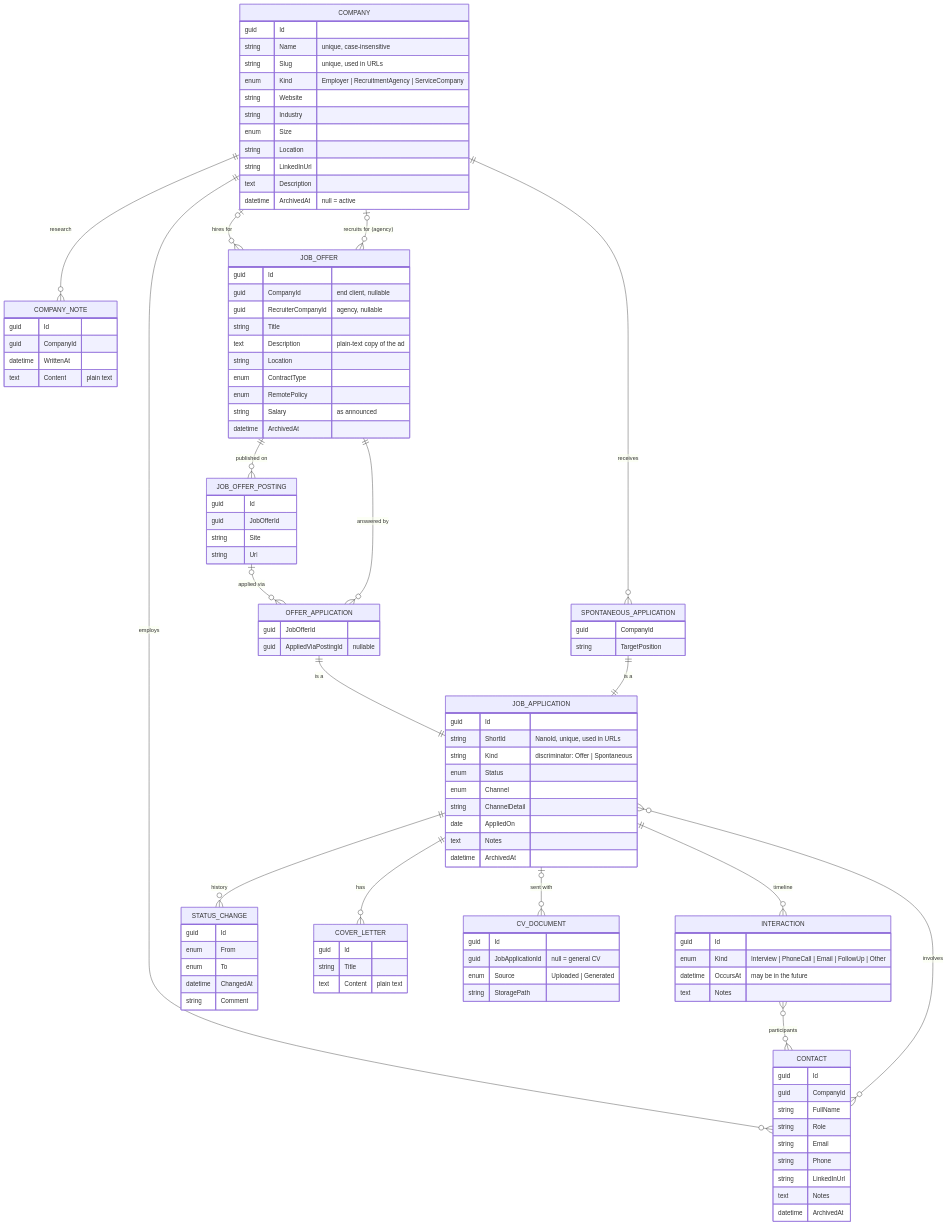
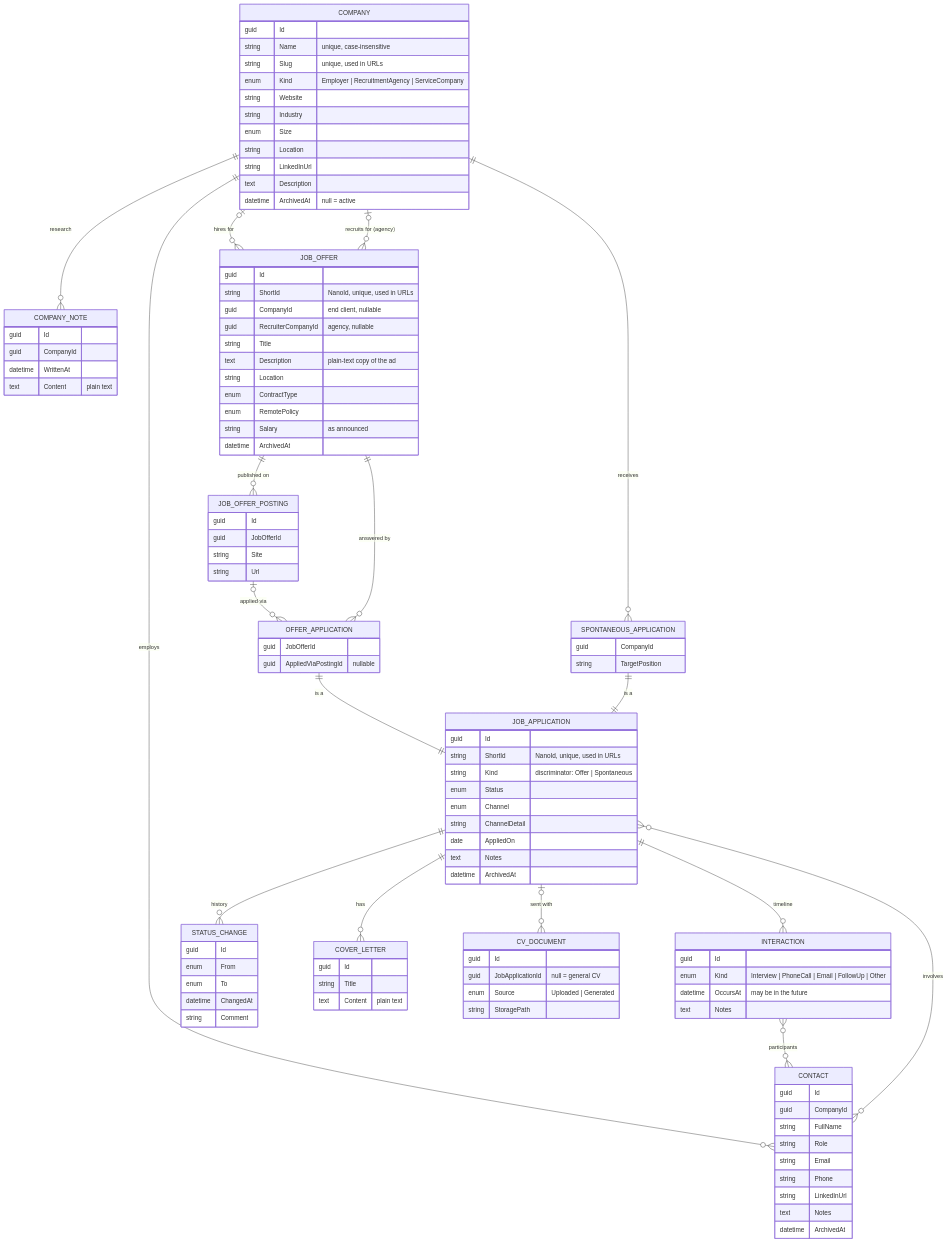
One commit to Kevin-HESSE/Ambio changed the diagram in docs/data-model.md. Above: the diagram before and after it, drawn with Mermaid. The commit also changed other lines of this file and 6 other files, not shown here.

```diff
--- a/docs/data-model.md
+++ b/docs/data-model.md
@@ -59,6 +59,7 @@
     }
     JOB_OFFER {
         guid Id
+        string ShortId "NanoId, unique, used in URLs"
         guid CompanyId "end client, nullable"
         guid RecruiterCompanyId "agency, nullable"
         string Title
```
